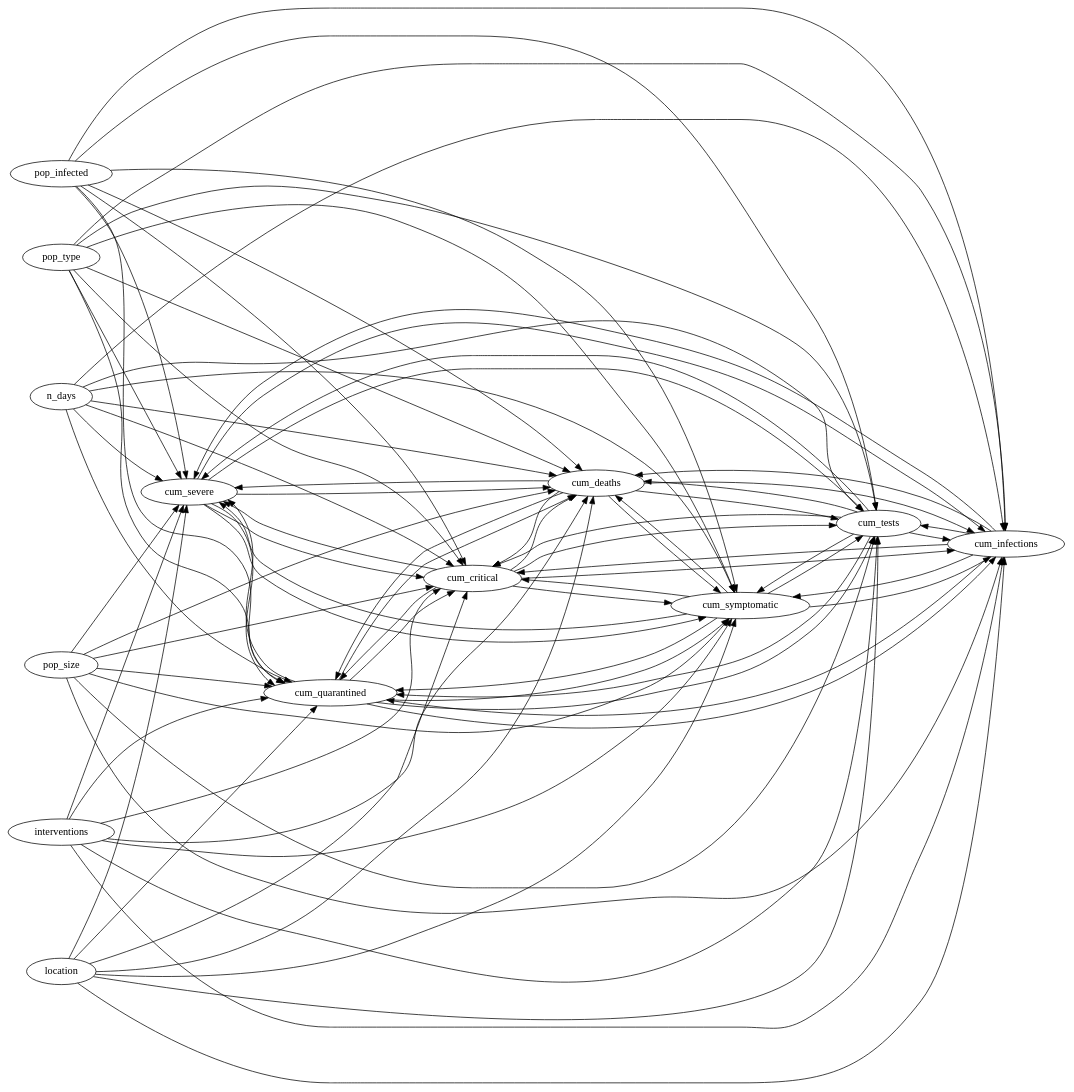
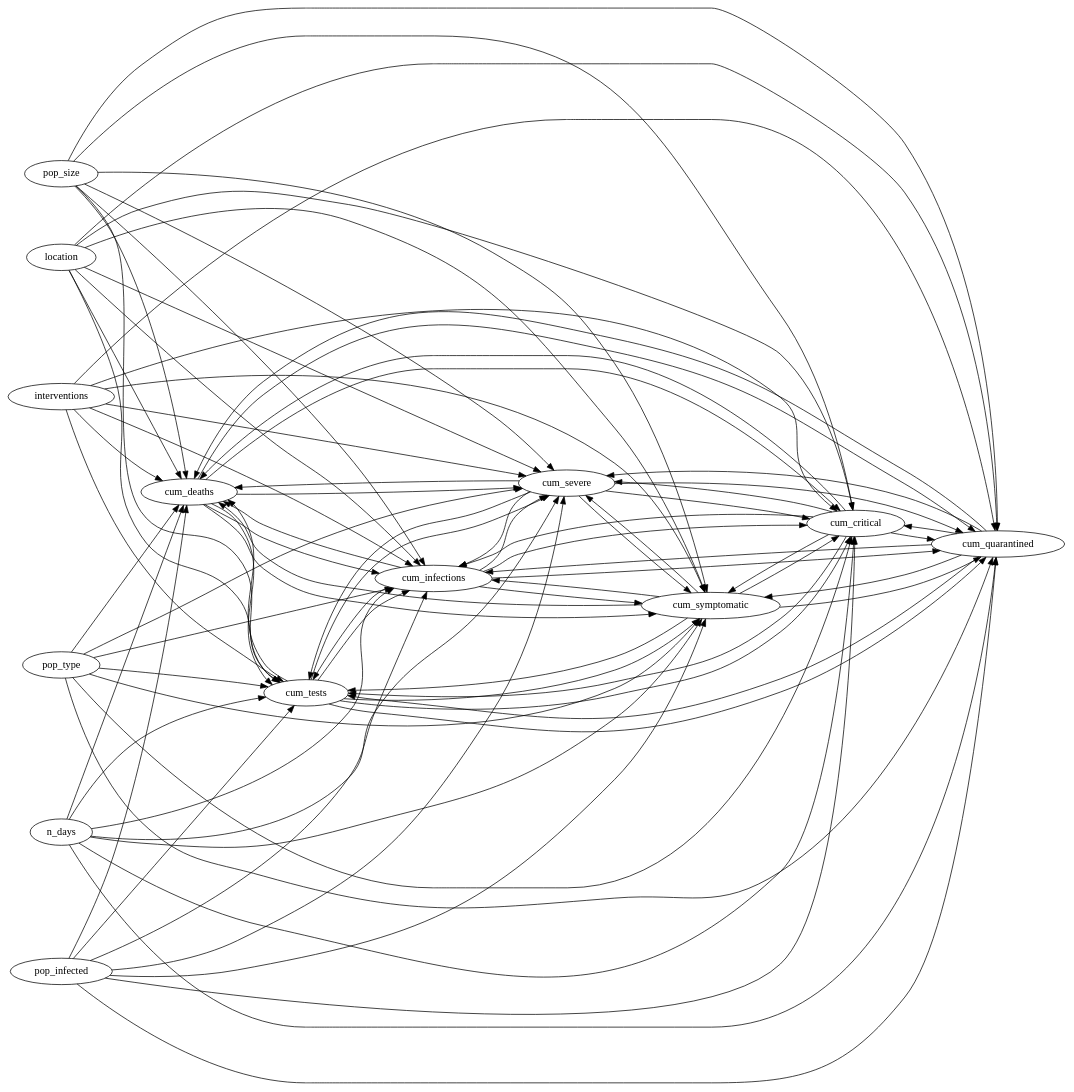
Before and after one commit to CITCOM-project/causcumber: the diagram in scenarios/basic-end2end/causal_dag_connected.dot, drawn with Graphviz. The commit also changed other lines of this file and 6 other files, not shown here.

```diff
--- a/scenarios/basic-end2end/causal_dag_connected.dot
+++ b/scenarios/basic-end2end/causal_dag_connected.dot
@@ -1,89 +1,89 @@
 digraph "" {
 	graph [newrank=True,
 		rankdir=LR
 	];
-	pop_type -> cum_severe;
-	pop_type -> cum_quarantined;
-	pop_type -> cum_critical;
+	location -> cum_deaths;
+	location -> cum_tests;
+	location -> cum_infections;
+	location -> cum_severe;
+	location -> cum_symptomatic;
+	location -> cum_critical;
+	location -> cum_quarantined;
+	cum_deaths -> cum_tests;
+	cum_deaths -> cum_infections;
+	cum_deaths -> cum_severe;
+	cum_deaths -> cum_symptomatic;
+	cum_deaths -> cum_critical;
+	cum_deaths -> cum_quarantined;
 	pop_type -> cum_deaths;
-	pop_type -> cum_symptomatic;
 	pop_type -> cum_tests;
 	pop_type -> cum_infections;
-	cum_severe -> cum_quarantined;
-	cum_severe -> cum_critical;
+	pop_type -> cum_severe;
+	pop_type -> cum_symptomatic;
+	pop_type -> cum_critical;
+	pop_type -> cum_quarantined;
+	pop_size -> cum_deaths;
+	pop_size -> cum_tests;
+	pop_size -> cum_infections;
+	pop_size -> cum_severe;
+	pop_size -> cum_symptomatic;
+	pop_size -> cum_critical;
+	pop_size -> cum_quarantined;
+	n_days -> cum_deaths;
+	n_days -> cum_tests;
+	n_days -> cum_infections;
+	n_days -> cum_severe;
+	n_days -> cum_symptomatic;
+	n_days -> cum_critical;
+	n_days -> cum_quarantined;
+	pop_infected -> cum_deaths;
+	pop_infected -> cum_tests;
+	pop_infected -> cum_infections;
+	pop_infected -> cum_severe;
+	pop_infected -> cum_symptomatic;
+	pop_infected -> cum_critical;
+	pop_infected -> cum_quarantined;
+	interventions -> cum_deaths;
+	interventions -> cum_tests;
+	interventions -> cum_infections;
+	interventions -> cum_severe;
+	interventions -> cum_symptomatic;
+	interventions -> cum_critical;
+	interventions -> cum_quarantined;
+	cum_tests -> cum_deaths;
+	cum_tests -> cum_infections;
+	cum_tests -> cum_severe;
+	cum_tests -> cum_symptomatic;
+	cum_tests -> cum_critical;
+	cum_tests -> cum_quarantined;
+	cum_infections -> cum_deaths;
+	cum_infections -> cum_tests;
+	cum_infections -> cum_severe;
+	cum_infections -> cum_symptomatic;
+	cum_infections -> cum_critical;
+	cum_infections -> cum_quarantined;
 	cum_severe -> cum_deaths;
-	cum_severe -> cum_symptomatic;
 	cum_severe -> cum_tests;
 	cum_severe -> cum_infections;
-	pop_size -> cum_severe;
-	pop_size -> cum_quarantined;
-	pop_size -> cum_critical;
-	pop_size -> cum_deaths;
-	pop_size -> cum_symptomatic;
-	pop_size -> cum_tests;
-	pop_size -> cum_infections;
-	pop_infected -> cum_severe;
-	pop_infected -> cum_quarantined;
-	pop_infected -> cum_critical;
-	pop_infected -> cum_deaths;
-	pop_infected -> cum_symptomatic;
-	pop_infected -> cum_tests;
-	pop_infected -> cum_infections;
-	interventions -> cum_severe;
-	interventions -> cum_quarantined;
-	interventions -> cum_critical;
-	interventions -> cum_deaths;
-	interventions -> cum_symptomatic;
-	interventions -> cum_tests;
-	interventions -> cum_infections;
-	location -> cum_severe;
-	location -> cum_quarantined;
-	location -> cum_critical;
-	location -> cum_deaths;
-	location -> cum_symptomatic;
-	location -> cum_tests;
-	location -> cum_infections;
-	n_days -> cum_severe;
-	n_days -> cum_quarantined;
-	n_days -> cum_critical;
-	n_days -> cum_deaths;
-	n_days -> cum_symptomatic;
-	n_days -> cum_tests;
-	n_days -> cum_infections;
-	cum_quarantined -> cum_severe;
-	cum_quarantined -> cum_critical;
-	cum_quarantined -> cum_deaths;
-	cum_quarantined -> cum_symptomatic;
-	cum_quarantined -> cum_tests;
-	cum_quarantined -> cum_infections;
-	cum_critical -> cum_severe;
-	cum_critical -> cum_quarantined;
-	cum_critical -> cum_deaths;
-	cum_critical -> cum_symptomatic;
-	cum_critical -> cum_tests;
-	cum_critical -> cum_infections;
-	cum_deaths -> cum_severe;
-	cum_deaths -> cum_quarantined;
-	cum_deaths -> cum_critical;
-	cum_deaths -> cum_symptomatic;
-	cum_deaths -> cum_tests;
-	cum_deaths -> cum_infections;
-	cum_symptomatic -> cum_severe;
-	cum_symptomatic -> cum_quarantined;
-	cum_symptomatic -> cum_critical;
+	cum_severe -> cum_symptomatic;
+	cum_severe -> cum_critical;
+	cum_severe -> cum_quarantined;
 	cum_symptomatic -> cum_deaths;
 	cum_symptomatic -> cum_tests;
 	cum_symptomatic -> cum_infections;
-	cum_tests -> cum_severe;
-	cum_tests -> cum_quarantined;
-	cum_tests -> cum_critical;
-	cum_tests -> cum_deaths;
-	cum_tests -> cum_symptomatic;
-	cum_tests -> cum_infections;
-	cum_infections -> cum_severe;
-	cum_infections -> cum_quarantined;
-	cum_infections -> cum_critical;
-	cum_infections -> cum_deaths;
-	cum_infections -> cum_symptomatic;
-	cum_infections -> cum_tests;
+	cum_symptomatic -> cum_severe;
+	cum_symptomatic -> cum_critical;
+	cum_symptomatic -> cum_quarantined;
+	cum_critical -> cum_deaths;
+	cum_critical -> cum_tests;
+	cum_critical -> cum_infections;
+	cum_critical -> cum_severe;
+	cum_critical -> cum_symptomatic;
+	cum_critical -> cum_quarantined;
+	cum_quarantined -> cum_deaths;
+	cum_quarantined -> cum_tests;
+	cum_quarantined -> cum_infections;
+	cum_quarantined -> cum_severe;
+	cum_quarantined -> cum_symptomatic;
+	cum_quarantined -> cum_critical;
 }
```
